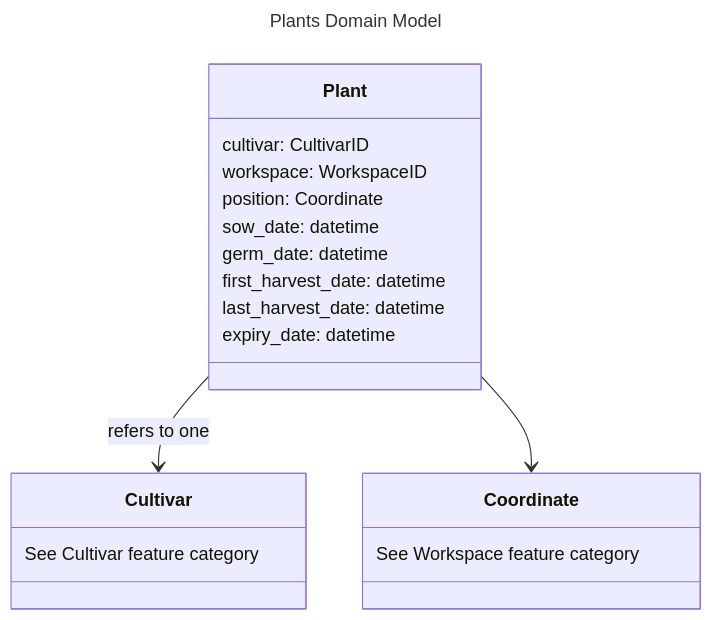
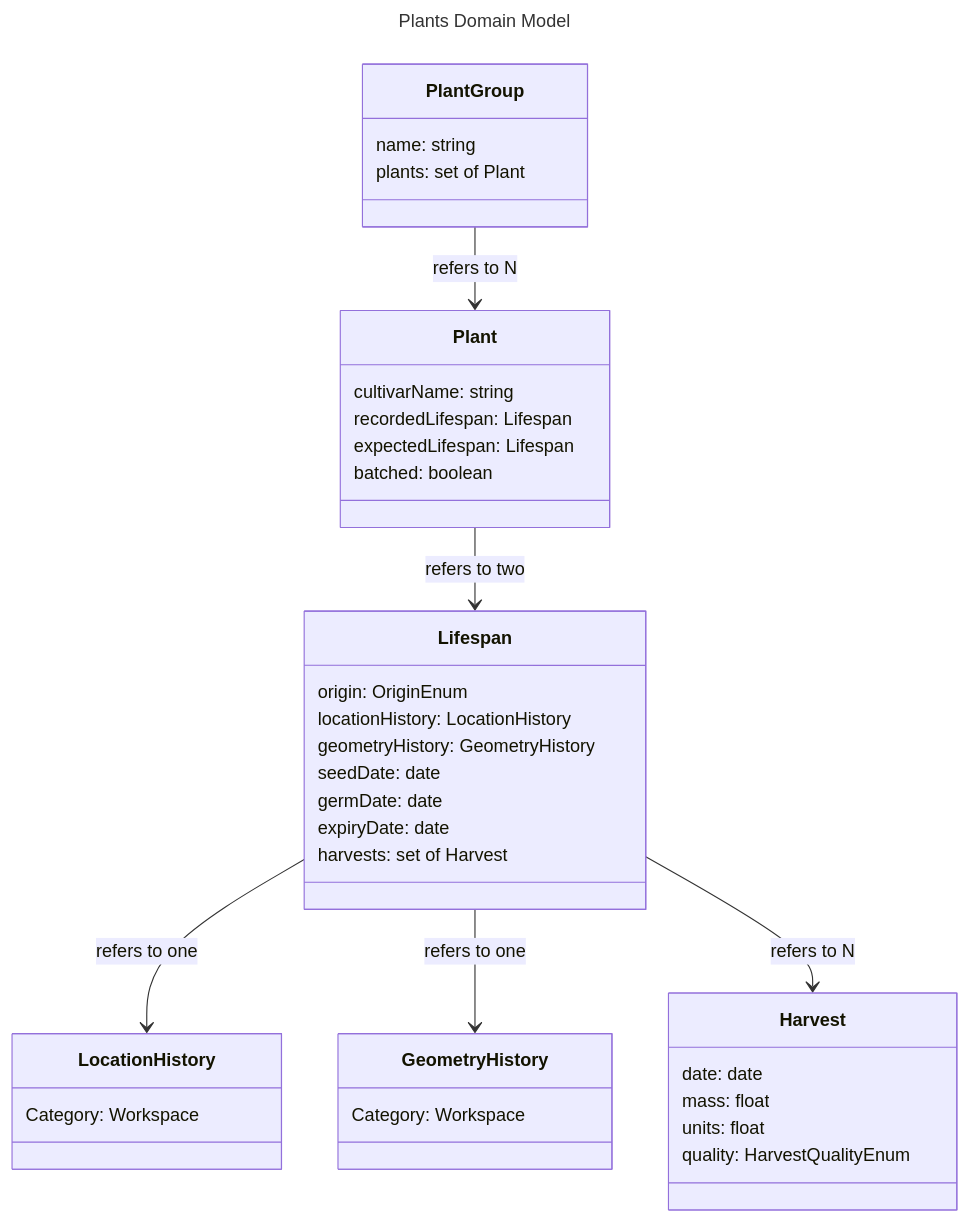
One commit to Verdagraph/Webapp changed the diagram in docs/plants/models.md. Above: the diagram before and after it, drawn with Mermaid. The commit also changed other lines of this file and 13 other files, not shown here.

````diff
--- a/docs/plants/models.md
+++ b/docs/plants/models.md
@@ -3,27 +6,44 @@
 ```mermaid
 ---
 title: Plants Domain Model
 ---
 classDiagram
 
-    Plant --> Cultivar : refers to one
-    Plant --> Coordinate
+    Lifespan --> LocationHistory : refers to one
+    Lifespan --> GeometryHistory : refers to one
+    Lifespan --> Harvest : refers to N
+    Plant --> Lifespan : refers to two
+    PlantGroup --> Plant : refers to N
 
-    class Plant{
-        cultivar: CultivarID
-        workspace: WorkspaceID
-        position: Coordinate
-        sow_date: datetime
-        germ_date: datetime
-        first_harvest_date: datetime
-        last_harvest_date: datetime
-        expiry_date: datetime
+    class Lifespan{
+        origin: OriginEnum
+        locationHistory: LocationHistory
+        geometryHistory: GeometryHistory
+        seedDate: date
+        germDate: date
+        expiryDate: date
+        harvests: set of Harvest
     }
-    class Cultivar{
-        See Cultivar feature category
+    class Harvest {
+        date: date
+        mass: float
+        units: float
+        quality: HarvestQualityEnum
     }
-    class Coordinate{
-        See Workspace feature category
+    class Plant {
+        cultivarName: string
+        recordedLifespan: Lifespan
+        expectedLifespan: Lifespan
+        batched: boolean
     }
-
+    class PlantGroup {
+        name: string
+        plants: set of Plant
+    }
+    class LocationHistory {
+        Category: Workspace
+    }
+    class GeometryHistory {
+        Category: Workspace
+    }
 ```
````
